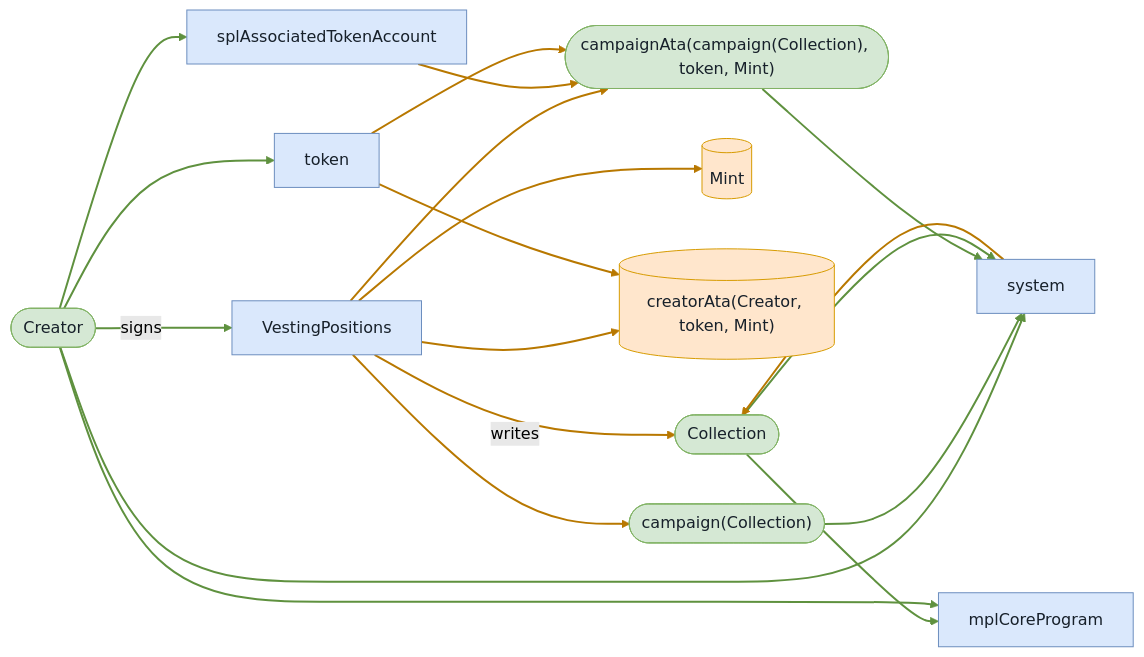
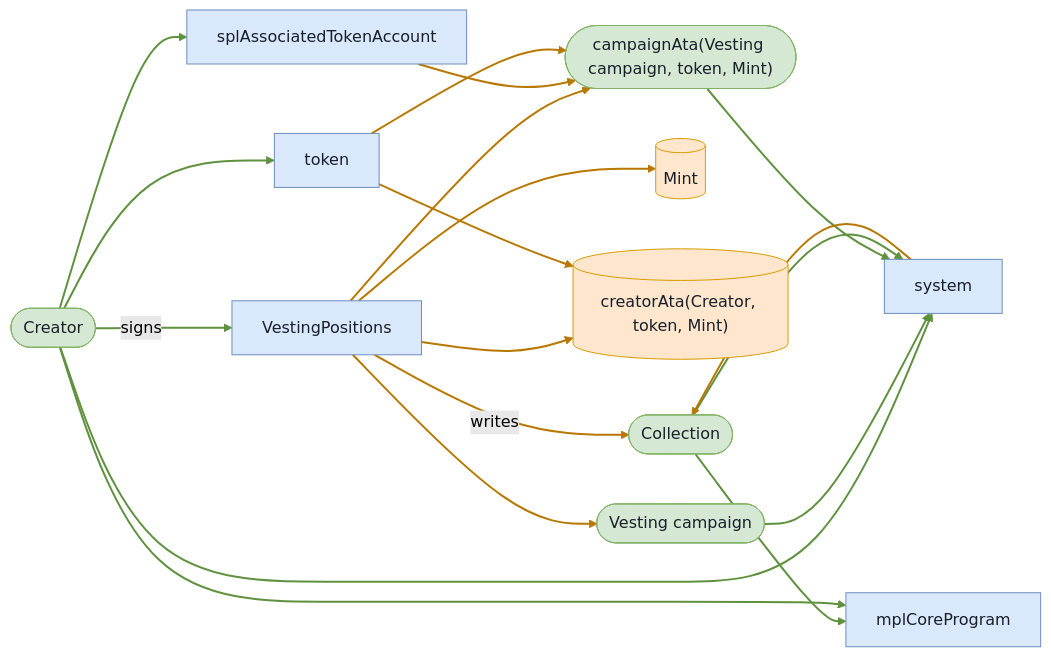
One commit to cds-turbin3/vesting-position changed the second of 6 diagrams in babelfish-tests/test-report/scenario_5_unwhitelisted_user_fails.md. Above: the diagram before and after it, drawn with Mermaid (forest theme). The commit also changed other lines of this file and 104 other files, not shown here.

````diff
--- a/babelfish-tests/test-report/scenario_5_unwhitelisted_user_fails.md
+++ b/babelfish-tests/test-report/scenario_5_unwhitelisted_user_fails.md
@@ -110,37 +110,37 @@
 ```mermaid
 flowchart LR
     VestingPositions["VestingPositions"]:::program
     Creator(["Creator"]):::signer
     Collection(["Collection"]):::signer
     Mint[("Mint")]:::state
     creatorAtaCreatortokenMint[("creatorAta(Creator, token, Mint)")]:::state
-    campaignCollection(["campaign(Collection)"]):::signer
-    campaignAtacampaignCollectiontokenMint(["campaignAta(campaign(Collection), token, Mint)"]):::signer
+    Vestingcampaign(["Vesting campaign"]):::signer
+    campaignAtaVestingcampaigntokenMint(["campaignAta(Vesting campaign, token, Mint)"]):::signer
     system["system"]:::program
     splAssociatedTokenAccount["splAssociatedTokenAccount"]:::program
     token["token"]:::program
     mplCoreProgram["mplCoreProgram"]:::program
     Creator -->|signs| VestingPositions
     VestingPositions -->|writes| Collection
     VestingPositions --> Mint
     VestingPositions --> creatorAtaCreatortokenMint
-    VestingPositions --> campaignCollection
-    VestingPositions --> campaignAtacampaignCollectiontokenMint
+    VestingPositions --> Vestingcampaign
+    VestingPositions --> campaignAtaVestingcampaigntokenMint
     Creator --> system
-    campaignCollection --> system
+    Vestingcampaign --> system
     Creator --> splAssociatedTokenAccount
-    splAssociatedTokenAccount --> campaignAtacampaignCollectiontokenMint
-    campaignAtacampaignCollectiontokenMint --> system
-    token --> campaignAtacampaignCollectiontokenMint
+    splAssociatedTokenAccount --> campaignAtaVestingcampaigntokenMint
+    campaignAtaVestingcampaigntokenMint --> system
+    token --> campaignAtaVestingcampaigntokenMint
     Collection --> mplCoreProgram
     Creator --> mplCoreProgram
     Collection --> system
     system --> Collection
     token --> creatorAtaCreatortokenMint
     Creator --> token
     classDef program fill:#dae8fc,stroke:#6c8ebf,color:#17202a;
     classDef signer fill:#d5e8d4,stroke:#82b366,color:#17202a;
     classDef state fill:#ffe6cc,stroke:#d79b00,color:#17202a;
     linkStyle 0,6,7,8,10,12,13,14,17 stroke:#5f913f,stroke-width:2px
     linkStyle 1,2,3,4,5,9,11,15,16 stroke:#b87800,stroke-width:2px
 ```
````
